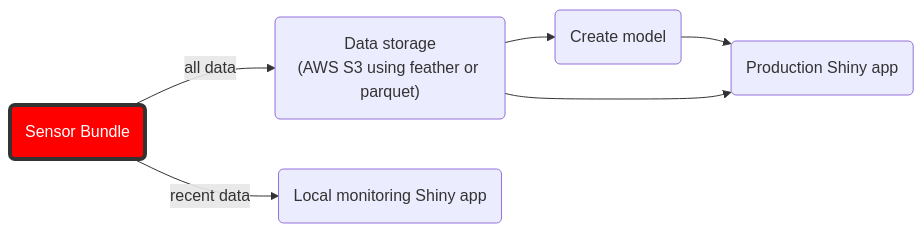
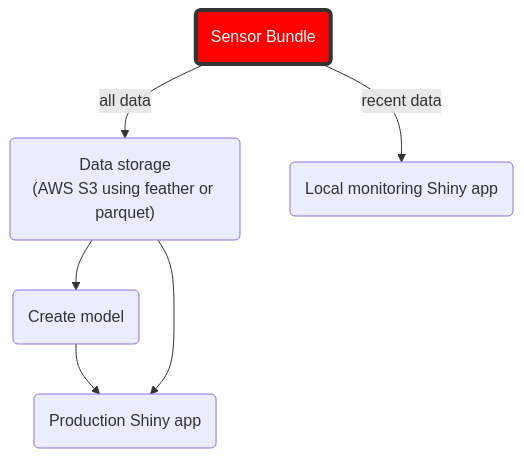
Before and after one commit to thisisnic/shinyarrowpi: the second of 4 diagrams in slides/_r4pi.qmd, drawn with Mermaid. The commit also changed other lines of this file and 4 other files, not shown here.

````diff
--- a/slides/_r4pi.qmd
+++ b/slides/_r4pi.qmd
@@ -61,9 +63,9 @@
 ```{mermaid}
-  flowchart LR;
+  flowchart TB;
       A(Sensor Bundle) --all data--> E("Data storage<br />(AWS S3 using feather or parquet)")
       E --> F(Create model)
       F --> G
       E --> G(Production Shiny app)
       A --recent data--> H(Local monitoring Shiny app)
       style A fill:#f00,stroke:#333,stroke-width:4px,color:white
 ```
````
